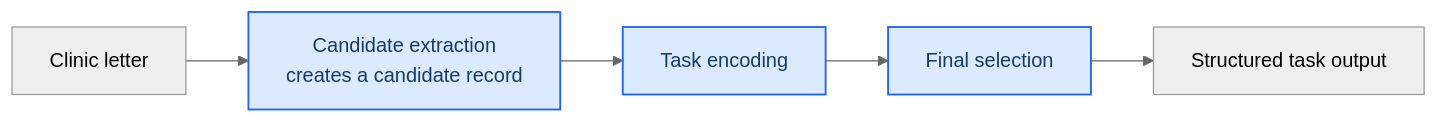
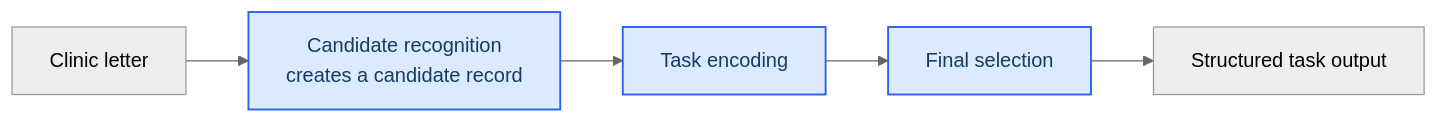
Before and after one commit to cbrown564-alt/clinical_extraction: the diagram in docs/paper/sections/methods.md, drawn with Mermaid (neutral theme). The commit also changed other lines of this file and 33 other files, not shown here.

First line of the commit message:
Call the first paper stage recognise instead of extract.

````diff
--- a/docs/paper/sections/methods.md
+++ b/docs/paper/sections/methods.md
@@ -171,10 +171,10 @@
 ```mermaid
 flowchart LR
-    letter[Clinic letter] --> extract[Candidate extraction<br/>creates a candidate record]
-    extract --> encode[Task encoding]
+    letter[Clinic letter] --> recognise[Candidate recognition<br/>creates a candidate record]
+    recognise --> encode[Task encoding]
     encode --> select[Final selection]
     select --> output[Structured task output]
 
     classDef stage fill:#dbeafe,stroke:#2563eb,color:#173b65,stroke-width:1.5px;
-    class extract,encode,select stage;
+    class recognise,encode,select stage;
 ```
````
